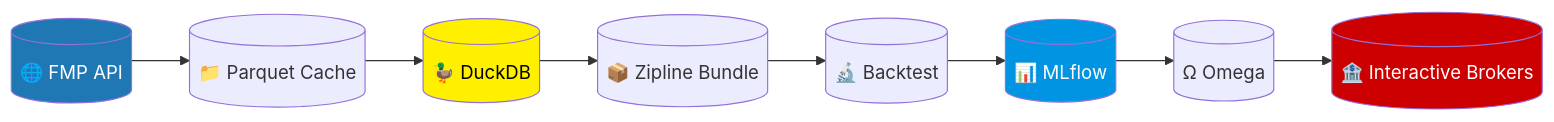
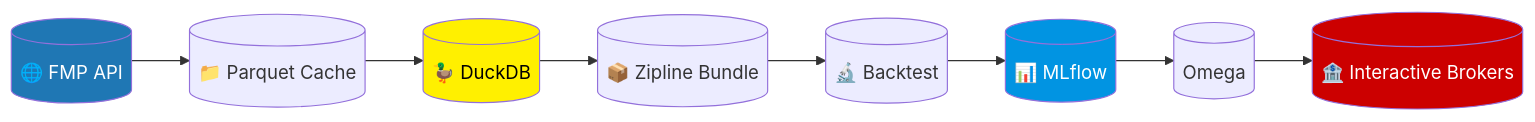
One commit to Johnclinton95-coder/QuantHedgeFund changed the second of 2 diagrams in README.md. Above: the diagram before and after it, drawn with Mermaid. The commit also changed other lines of this file, not shown here.

````diff
--- a/README.md
+++ b/README.md
@@ -129,15 +129,15 @@
 ```mermaid
 flowchart LR
-    A[("🌐 FMP API")] --> B[("📁 Parquet Cache")]
-    B --> C[("🦆 DuckDB")]
-    C --> D[("📦 Zipline Bundle")]
-    D --> E[("🔬 Backtest")]
-    E --> F[("📊 MLflow")]
-    F --> G[("Ω Omega")]
-    G --> H[("🏦 Interactive Brokers")]
+ A[("🌐 FMP API")] --> B[("📁 Parquet Cache")]
+ B --> C[("🦆 DuckDB")]
+ C --> D[("📦 Zipline Bundle")]
+ D --> E[("🔬 Backtest")]
+ E --> F[("📊 MLflow")]
+ F --> G[(" Omega")]
+ G --> H[("🏦 Interactive Brokers")]
 
-    style A fill:#1f77b4,color:#fff
-    style C fill:#FFF000,color:#000
-    style F fill:#0194E2,color:#fff
-    style H fill:#CC0000,color:#fff
+ style A fill:#1f77b4,color:#fff
+ style C fill:#FFF000,color:#000
+ style F fill:#0194E2,color:#fff
+ style H fill:#CC0000,color:#fff
 ```
````
